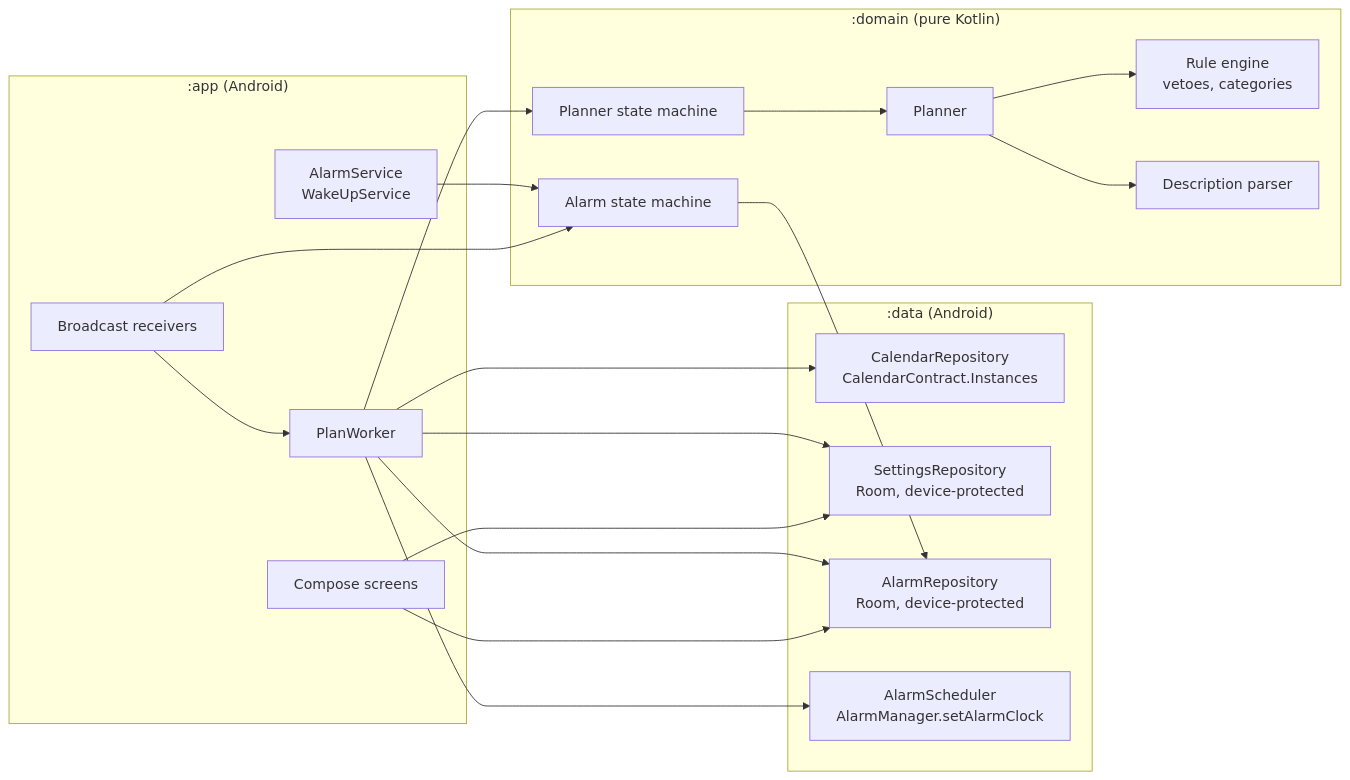
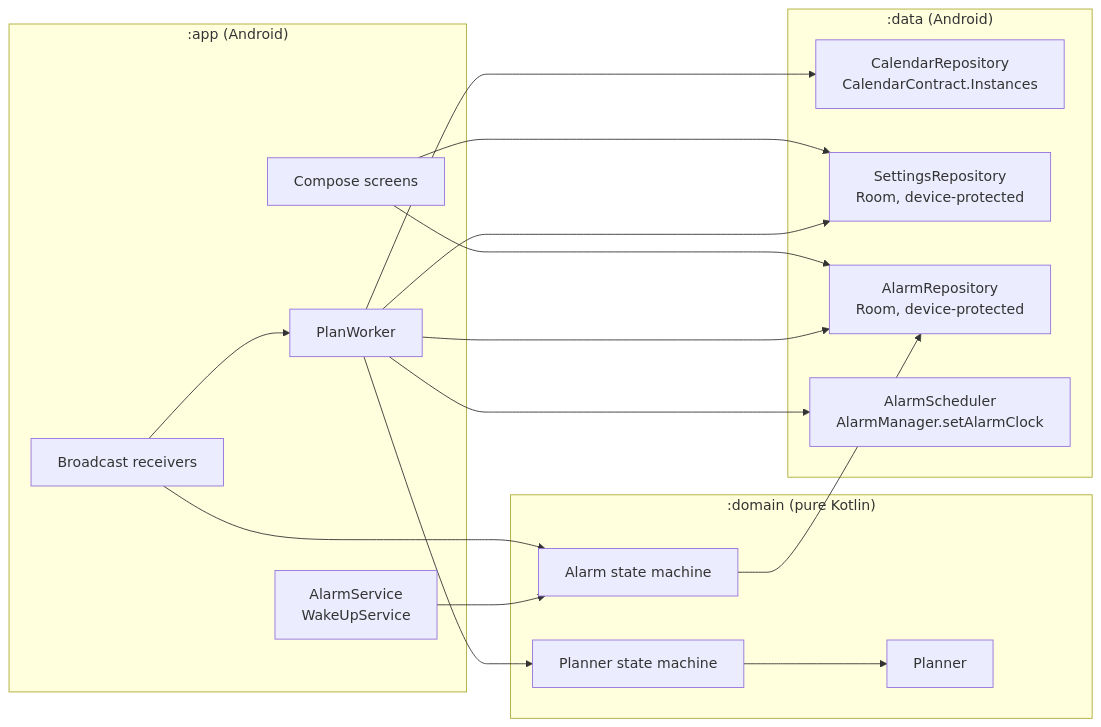
Before and after one commit to drehtuer/NextAlarmApp: the first of 4 diagrams in docs/architecture.md, drawn with Mermaid. The commit also changed other lines of this file and 4 other files, not shown here.

````diff
--- a/docs/architecture.md
+++ b/docs/architecture.md
@@ -41,36 +42,32 @@
 ```mermaid
 flowchart LR
     subgraph app[":app (Android)"]
         UI[Compose screens]
         RCV[Broadcast receivers]
         SVC[AlarmService<br/>WakeUpService]
         WRK[PlanWorker]
     end
     subgraph data[":data (Android)"]
         CAL[CalendarRepository<br/>CalendarContract.Instances]
         SET[SettingsRepository<br/>Room, device-protected]
         DB[AlarmRepository<br/>Room, device-protected]
         SCH[AlarmScheduler<br/>AlarmManager.setAlarmClock]
     end
     subgraph domain[":domain (pure Kotlin)"]
         PL[Planner]
-        RE[Rule engine<br/>vetoes, categories]
-        PA[Description parser]
         PSM[Planner state machine]
         ASM[Alarm state machine]
     end
     UI --> SET
     UI --> DB
     WRK --> PSM
     PSM --> PL
-    PL --> RE
-    PL --> PA
     WRK --> CAL
     WRK --> SET
     WRK --> DB
     WRK --> SCH
     RCV --> WRK
     RCV --> ASM
     SVC --> ASM
     ASM --> DB
 ```
````
